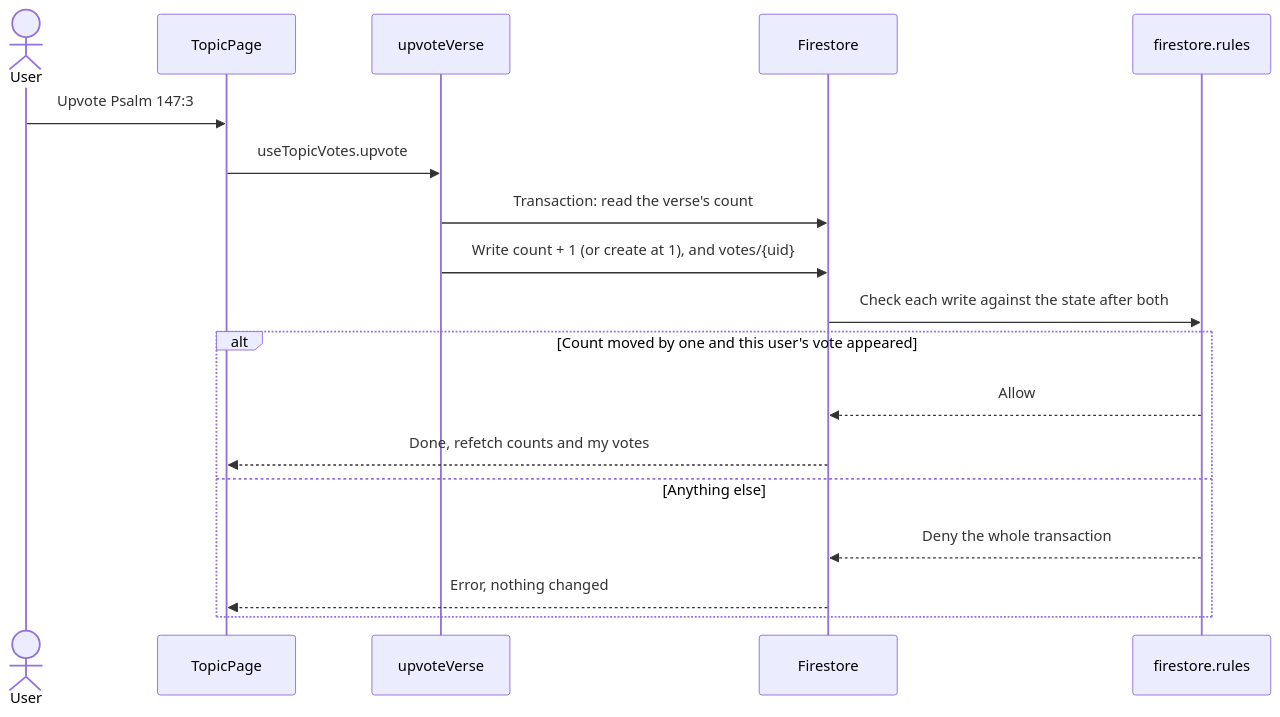
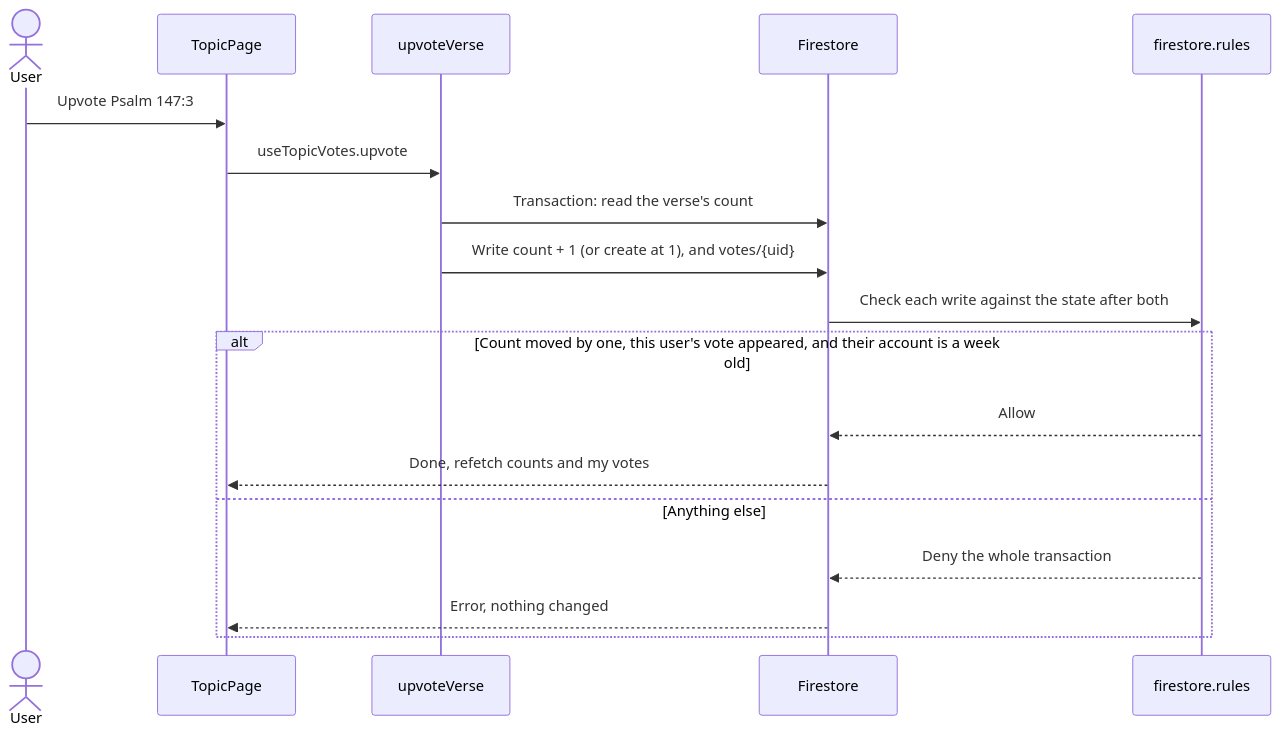
One commit to Valiance-Studios/bible-center changed diagram 11 of 21 in ARCHITECTURE.md. Above: the diagram before and after it, drawn with Mermaid. The commit also changed other lines of this file and 19 other files, not shown here.

First line of the commit message:
Count votes only from accounts at least a week old (#30)

````diff
--- a/ARCHITECTURE.md
+++ b/ARCHITECTURE.md
@@ -464,21 +472,21 @@
 ```mermaid
 sequenceDiagram
   actor User
   participant Page as TopicPage
   participant Fn as upvoteVerse
   participant Firestore
   participant Rules as firestore.rules
 
   User->>Page: Upvote Psalm 147:3
   Page->>Fn: useTopicVotes.upvote
   Fn->>Firestore: Transaction: read the verse's count
   Fn->>Firestore: Write count + 1 (or create at 1), and votes/{uid}
   Firestore->>Rules: Check each write against the state after both
-  alt Count moved by one and this user's vote appeared
+  alt Count moved by one, this user's vote appeared, and their account is a week old
     Rules-->>Firestore: Allow
     Firestore-->>Page: Done, refetch counts and my votes
   else Anything else
     Rules-->>Firestore: Deny the whole transaction
     Firestore-->>Page: Error, nothing changed
   end
 ```
````
